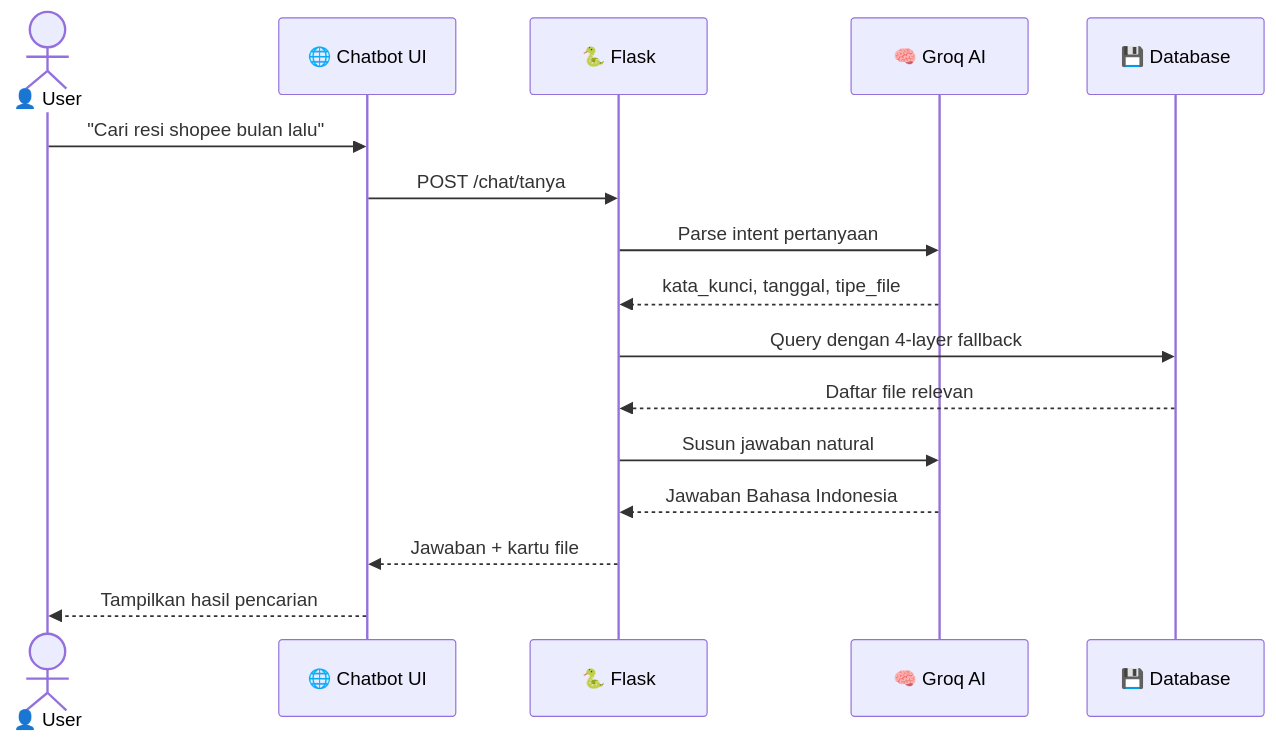
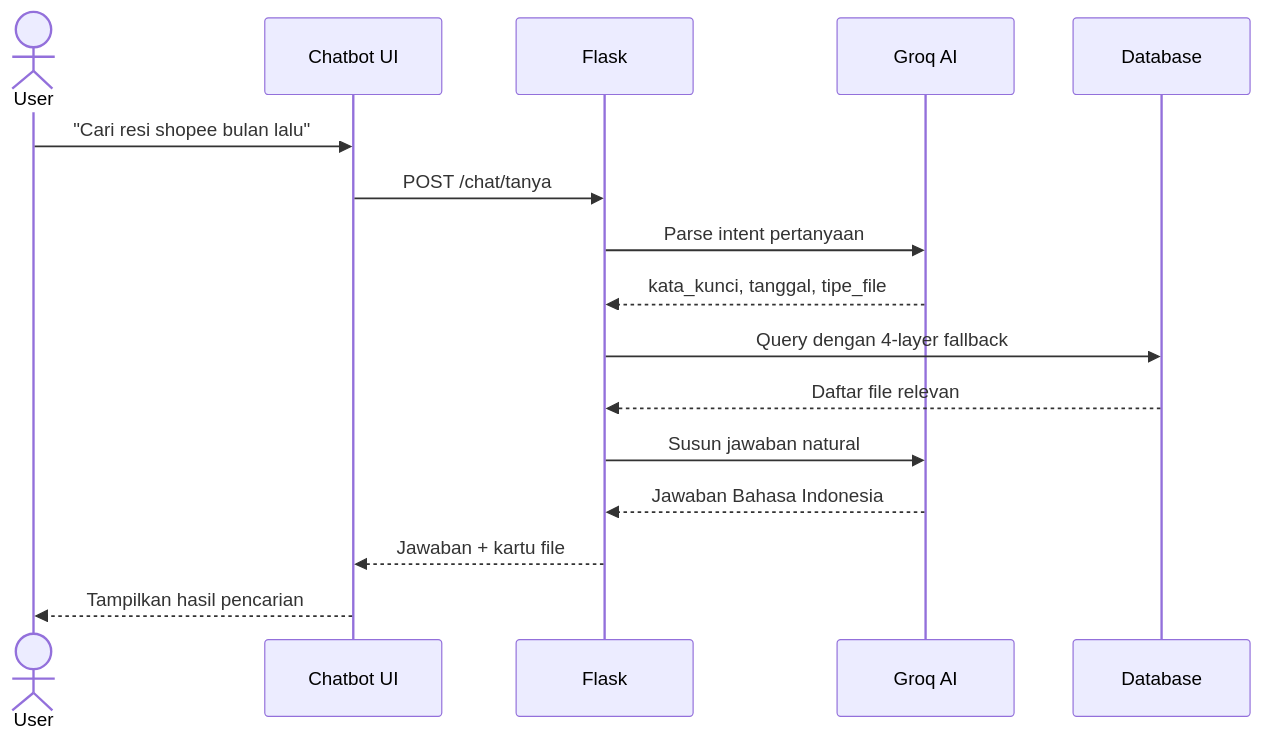
Before and after one commit to Sulthonikamalm/cloudtubes-gonanku: the third of 7 diagrams in README.md, drawn with Mermaid. The commit also changed other lines of this file, not shown here.

````diff
--- a/README.md
+++ b/README.md
@@ -143,19 +143,19 @@
 ```mermaid
 sequenceDiagram
-    actor U as 👤 User
-    participant W as 🌐 Chatbot UI
-    participant F as 🐍 Flask
-    participant A as 🧠 Groq AI
-    participant D as 💾 Database
+    actor U as User
+    participant W as Chatbot UI
+    participant F as Flask
+    participant A as Groq AI
+    participant D as Database
 
     U->>W: "Cari resi shopee bulan lalu"
     W->>F: POST /chat/tanya
     F->>A: Parse intent pertanyaan
     A-->>F: kata_kunci, tanggal, tipe_file
     F->>D: Query dengan 4-layer fallback
     D-->>F: Daftar file relevan
     F->>A: Susun jawaban natural
     A-->>F: Jawaban Bahasa Indonesia
     F-->>W: Jawaban + kartu file
     W-->>U: Tampilkan hasil pencarian
 ```
````
